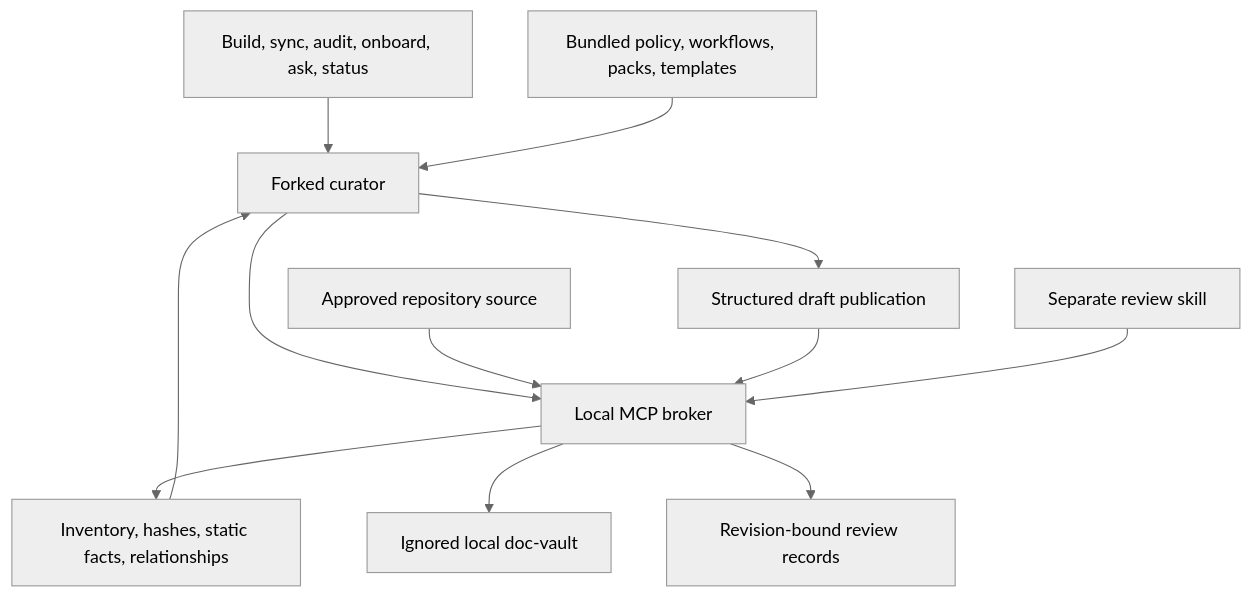
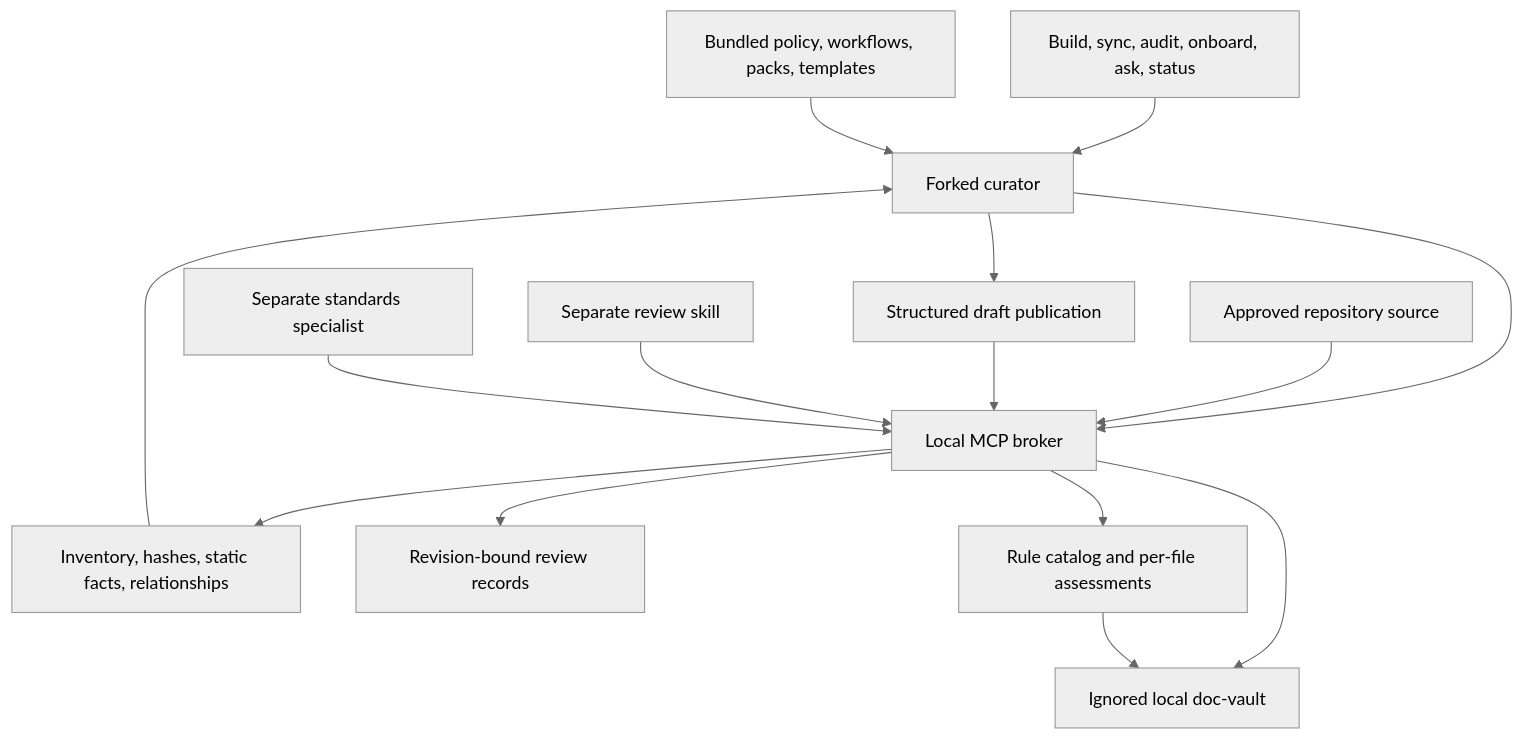
One commit to tsarukoles/doc-vault changed the diagram in docs/architecture.md. Above: the diagram before and after it, drawn with Mermaid (neutral theme). The commit also changed other lines of this file and 74 other files, not shown here.

````diff
--- a/docs/architecture.md
+++ b/docs/architecture.md
@@ -5,14 +5,17 @@
 ```mermaid
 flowchart TD
   U[Build, sync, audit, onboard, ask, status] --> C[Forked curator]
   P[Bundled policy, workflows, packs, templates] --> C
   C --> B[Local MCP broker]
   S[Approved repository source] --> B
   B --> I[Inventory, hashes, static facts, relationships]
   I --> C
   C --> N[Structured draft publication]
   N --> B
   B --> V[Ignored local doc-vault]
   R[Separate review skill] --> B
   B --> Q[Revision-bound review records]
+  T[Separate standards specialist] --> B
+  B --> A[Rule catalog and per-file assessments]
+  A --> V
 ```
````
